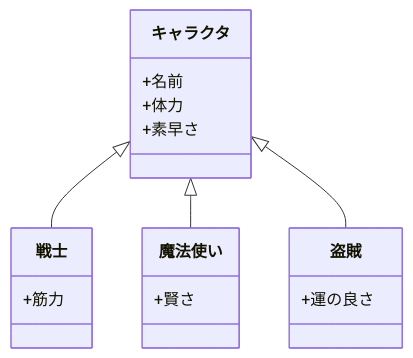
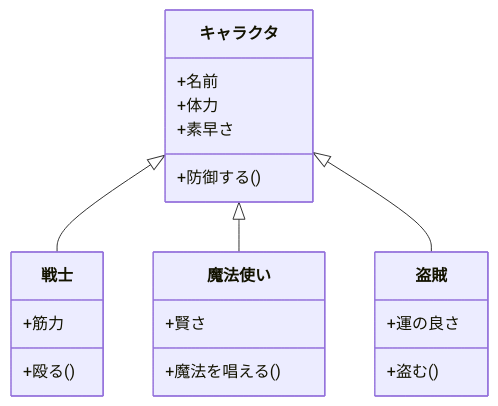
Before and after one commit to rrr-bit00/kougi: the diagram in zugagijutu/第12回/kadai.md, drawn with Mermaid.

````diff
--- a/zugagijutu/第12回/kadai.md
+++ b/zugagijutu/第12回/kadai.md
@@ -1,22 +1,36 @@
 ```mermaid
 
+%% 課題1 初期値
 classDiagram
 class キャラクタ
    キャラクタ : +名前
    キャラクタ : +体力
    キャラクタ : +素早さ
 
    class 戦士
    戦士 : +筋力
 
    class 魔法使い
    魔法使い : +賢さ
 
    class 盗賊
    盗賊 : +運の良さ
 
    キャラクタ <|-- 戦士
    キャラクタ <|-- 魔法使い
    キャラクタ <|-- 盗賊
 
+%% 課題2 操作
+class キャラクタ
+    キャラクタ : +防御する()
+
+class 戦士
+戦士 : +殴る()
+
+class 魔法使い
+魔法使い : +魔法を唱える()
+
+class 盗賊
+盗賊 : +盗む()
+
 ```
````
